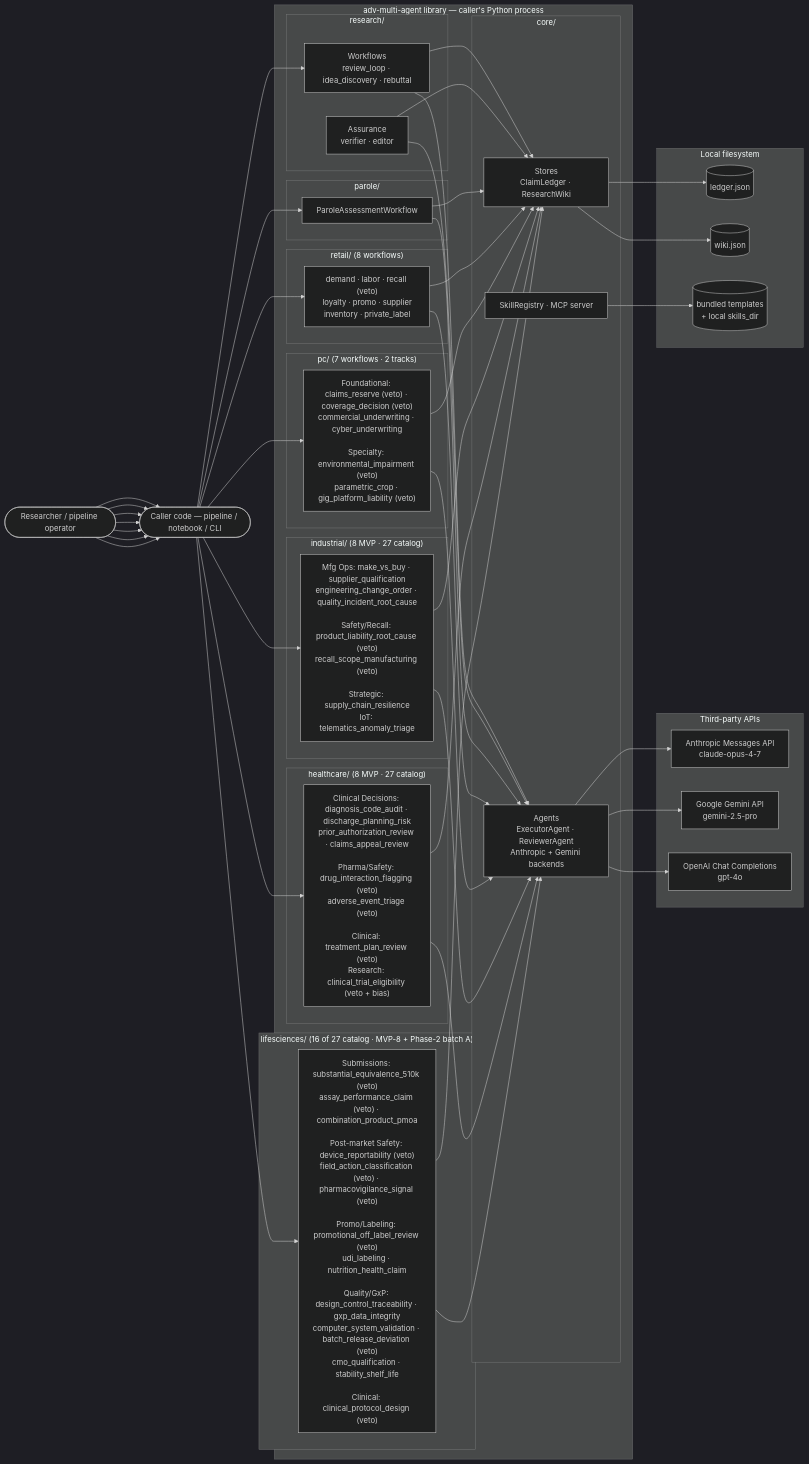
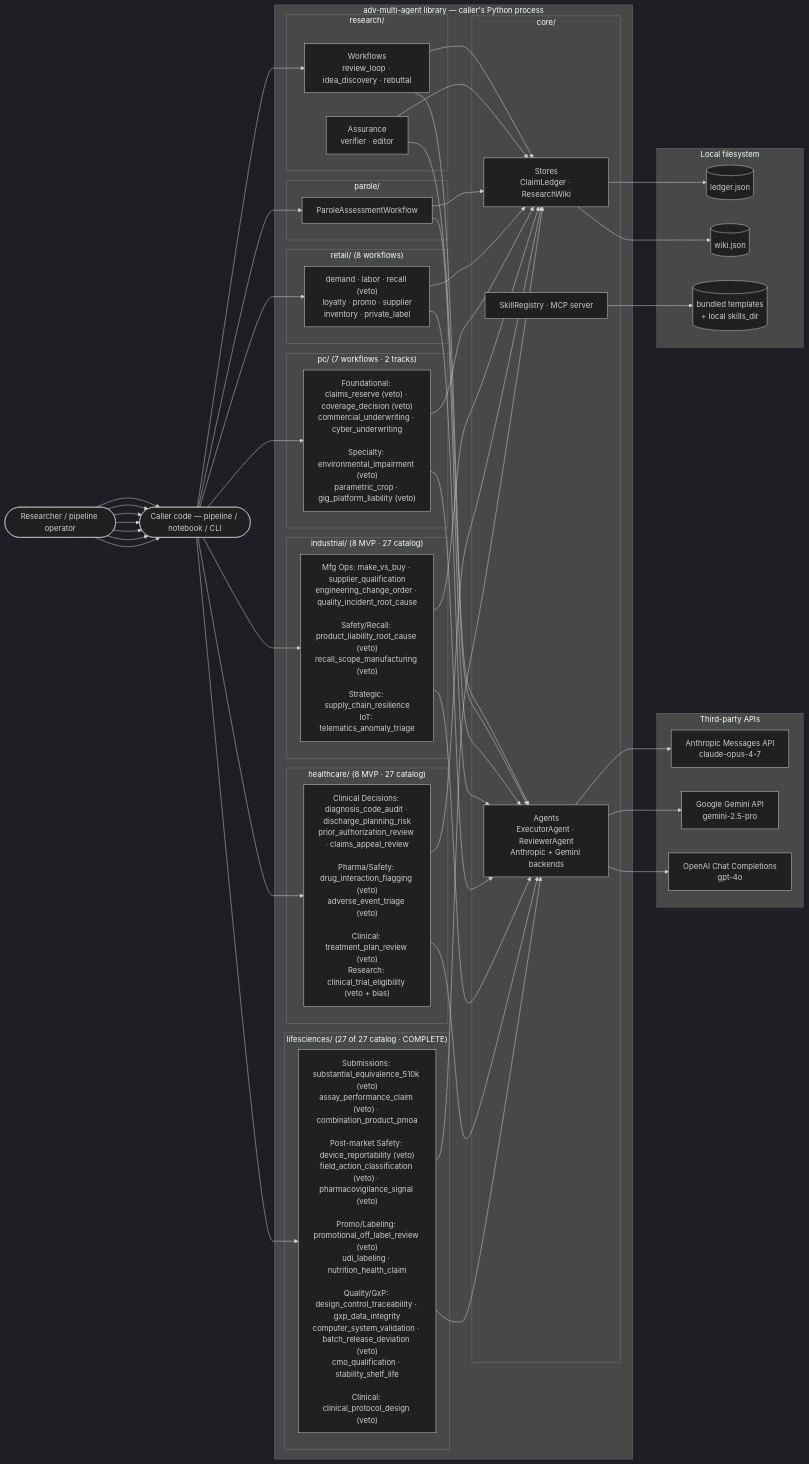
Before and after one commit to gmanch94/adversarial-multi-agent-lib: the first of 6 diagrams in docs/architecture.md, drawn with Mermaid (dark theme). The commit also changed other lines of this file and 7 other files, not shown here.

Commit message:
docs(lifesciences): mark Phase-2 batch B (#17-27) shipped; catalog complete 27/27; refresh counts, decisions, bookmark, gaps [skip ci]

````diff
--- a/docs/architecture.md
+++ b/docs/architecture.md
@@ -36,77 +36,77 @@
 ```mermaid
 flowchart LR
     Researcher([Researcher / pipeline operator])
     Caller([Caller code — pipeline / notebook / CLI])
 
     subgraph Lib["adv-multi-agent library — caller's Python process"]
         subgraph Core["core/"]
             Agents[Agents<br/>ExecutorAgent · ReviewerAgent<br/>Anthropic + Gemini backends]
             Stores[Stores<br/>ClaimLedger · ResearchWiki]
             SkillsMcp[SkillRegistry · MCP server]
         end
         subgraph Research["research/"]
             Workflows[Workflows<br/>review_loop · idea_discovery · rebuttal]
             Assurance[Assurance<br/>verifier · editor]
         end
         subgraph ParoleDomain["parole/"]
             ParoleWf[ParoleAssessmentWorkflow]
         end
         subgraph RetailDomain["retail/ (8 workflows)"]
             RetailWf["demand · labor · recall (veto)<br/>loyalty · promo · supplier<br/>inventory · private_label"]
         end
         subgraph PCDomain["pc/ (7 workflows · 2 tracks)"]
             PCWf["Foundational: claims_reserve (veto) · coverage_decision (veto)<br/>commercial_underwriting · cyber_underwriting<br/><br/>Specialty: environmental_impairment (veto)<br/>parametric_crop · gig_platform_liability (veto)"]
         end
         subgraph IndustrialDomain["industrial/ (8 MVP · 27 catalog)"]
             IndWf["Mfg Ops: make_vs_buy · supplier_qualification<br/>engineering_change_order · quality_incident_root_cause<br/><br/>Safety/Recall: product_liability_root_cause (veto)<br/>recall_scope_manufacturing (veto)<br/><br/>Strategic: supply_chain_resilience<br/>IoT: telematics_anomaly_triage"]
         end
         subgraph HealthcareDomain["healthcare/ (8 MVP · 27 catalog)"]
             HW["Clinical Decisions: diagnosis_code_audit · discharge_planning_risk<br/>prior_authorization_review · claims_appeal_review<br/><br/>Pharma/Safety: drug_interaction_flagging (veto)<br/>adverse_event_triage (veto)<br/><br/>Clinical: treatment_plan_review (veto)<br/>Research: clinical_trial_eligibility (veto + bias)"]
         end
-        subgraph LifeSciDomain["lifesciences/ (16 of 27 catalog · MVP-8 + Phase-2 batch A)"]
+        subgraph LifeSciDomain["lifesciences/ (27 of 27 catalog · COMPLETE)"]
             LSWf["Submissions: substantial_equivalence_510k (veto)<br/>assay_performance_claim (veto) · combination_product_pmoa<br/><br/>Post-market Safety: device_reportability (veto)<br/>field_action_classification (veto) · pharmacovigilance_signal (veto)<br/><br/>Promo/Labeling: promotional_off_label_review (veto)<br/>udi_labeling · nutrition_health_claim<br/><br/>Quality/GxP: design_control_traceability · gxp_data_integrity<br/>computer_system_validation · batch_release_deviation (veto)<br/>cmo_qualification · stability_shelf_life<br/><br/>Clinical: clinical_protocol_design (veto)"]
         end
         Workflows --> Agents
         Workflows --> Stores
         Assurance --> Agents
         Assurance --> Stores
         ParoleWf --> Agents
         ParoleWf --> Stores
         RetailWf --> Agents
         RetailWf --> Stores
         PCWf --> Agents
         PCWf --> Stores
         IndWf --> Agents
         IndWf --> Stores
         HW --> Agents
         HW --> Stores
         LSWf --> Agents
         LSWf --> Stores
     end
 
     subgraph Third["Third-party APIs"]
         Anthropic[Anthropic Messages API<br/>claude-opus-4-7]
         Gemini[Google Gemini API<br/>gemini-2.5-pro]
         OpenAI[OpenAI Chat Completions<br/>gpt-4o]
     end
 
     subgraph FS["Local filesystem"]
         Ledger[(ledger.json)]
         Wiki[(wiki.json)]
         Skills[(bundled templates<br/>+ local skills_dir)]
     end
 
     Researcher --> Caller --> Workflows
     Researcher --> Caller --> ParoleWf
     Researcher --> Caller --> RetailWf
     Researcher --> Caller --> PCWf
     Researcher --> Caller --> IndWf
     Researcher --> Caller --> HW
     Researcher --> Caller --> LSWf
     Agents --> Anthropic
     Agents --> Gemini
     Agents --> OpenAI
     Stores --> Ledger
     Stores --> Wiki
     SkillsMcp --> Skills
 ```
````
